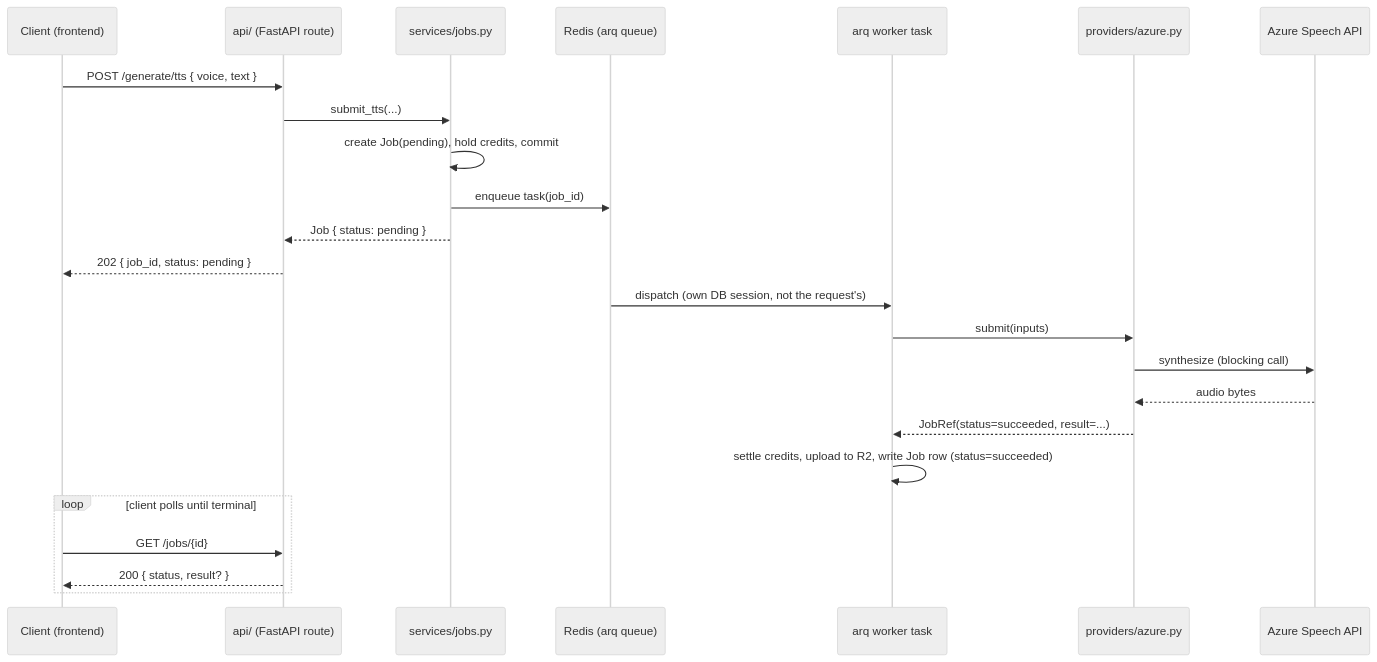
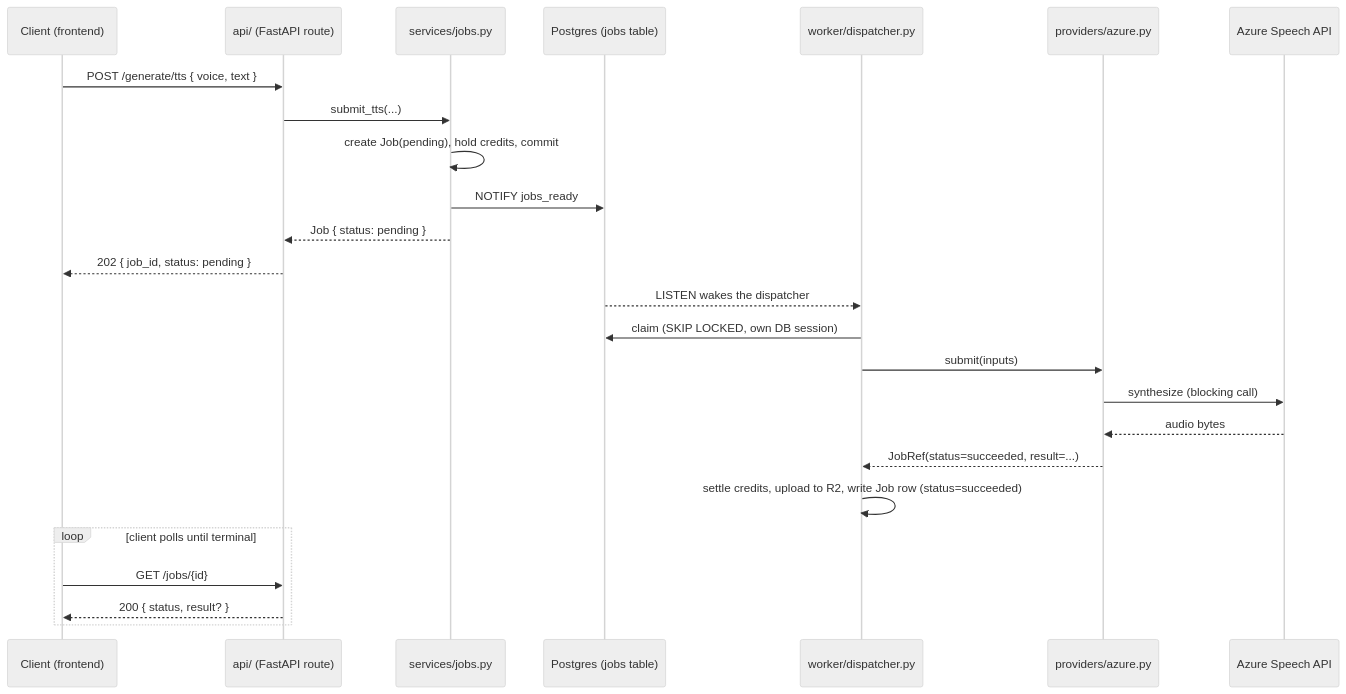
The fifth of 7 diagrams in docs/architecture.md (bensting/voicica-ai-v2), drawn with Mermaid (neutral theme) before and after one commit. The commit also changed other lines of this file and 28 other files, not shown here.

````diff
--- a/docs/architecture.md
+++ b/docs/architecture.md
@@ -119,27 +119,28 @@
 ```mermaid
 sequenceDiagram
     participant C as Client (frontend)
     participant A as api/ (FastAPI route)
     participant S as services/jobs.py
-    participant Q as Redis (arq queue)
-    participant W as arq worker task
+    participant PG as Postgres (jobs table)
+    participant W as worker/dispatcher.py
     participant P as providers/azure.py
     participant V as Azure Speech API
 
     C->>A: POST /generate/tts { voice, text }
     A->>S: submit_tts(...)
     S->>S: create Job(pending), hold credits, commit
-    S->>Q: enqueue task(job_id)
+    S->>PG: NOTIFY jobs_ready
     S-->>A: Job { status: pending }
     A-->>C: 202 { job_id, status: pending }
-    Q->>W: dispatch (own DB session, not the request's)
+    PG-->>W: LISTEN wakes the dispatcher
+    W->>PG: claim (SKIP LOCKED, own DB session)
     W->>P: submit(inputs)
     P->>V: synthesize (blocking call)
     V-->>P: audio bytes
     P-->>W: JobRef(status=succeeded, result=...)
     W->>W: settle credits, upload to R2, write Job row (status=succeeded)
     loop client polls until terminal
         C->>A: GET /jobs/{id}
         A-->>C: 200 { status, result? }
     end
 ```
````
